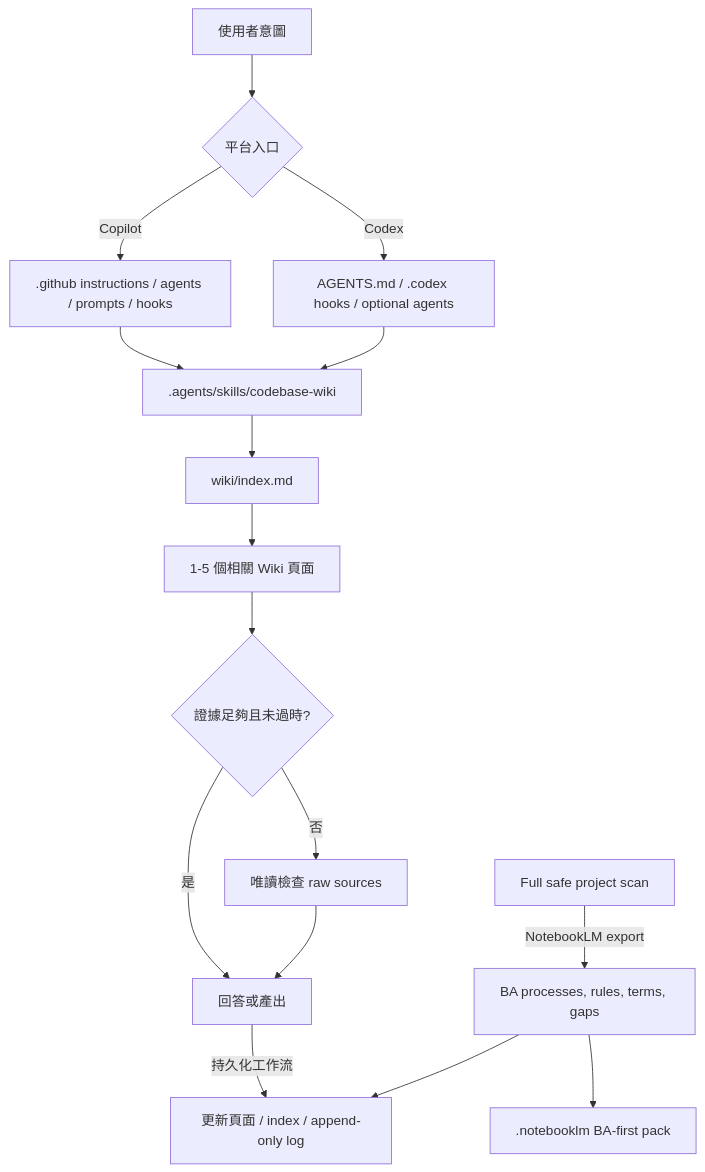
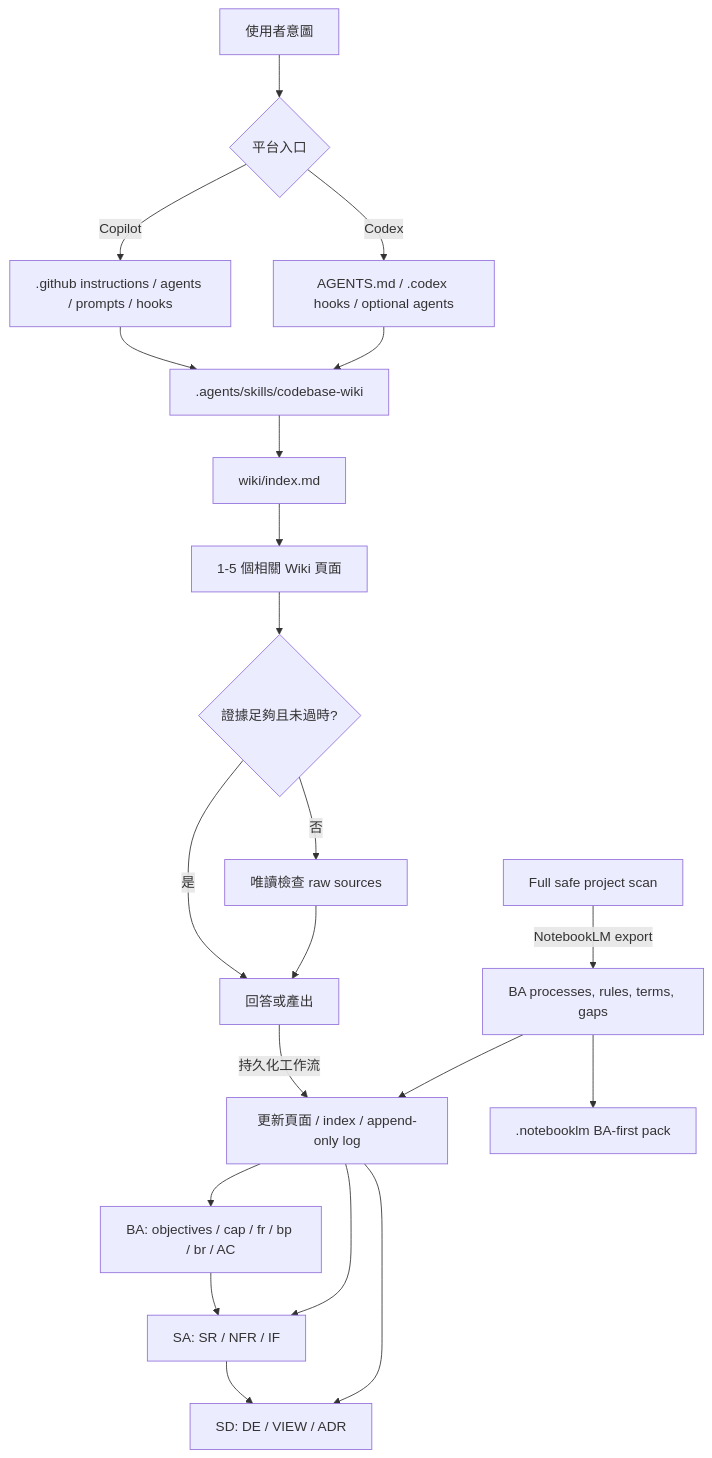
The diagram in docs/architecture/README.md (dennis8499/code-base-llm-wiki), drawn with Mermaid before and after one commit. The commit also changed other lines of this file and 67 other files, not shown here.

````diff
--- a/docs/architecture/README.md
+++ b/docs/architecture/README.md
@@ -13,18 +13,23 @@
 ```mermaid
 flowchart TB
     User[使用者意圖] --> Entry{平台入口}
     Entry -->|Copilot| GH[.github instructions / agents / prompts / hooks]
     Entry -->|Codex| CX[AGENTS.md / .codex hooks / optional agents]
     GH --> Skill[.agents/skills/codebase-wiki]
     CX --> Skill
     Skill --> Index[wiki/index.md]
     Index --> Pages[1-5 個相關 Wiki 頁面]
     Pages --> Enough{證據足夠且未過時?}
     Enough -->|是| Result[回答或產出]
     Enough -->|否| Sources[唯讀檢查 raw sources]
     Sources --> Result
     Result -->|持久化工作流| Wiki[更新頁面 / index / append-only log]
+    BA[BA: objectives / cap / fr / bp / br / AC] --> SA[SA: SR / NFR / IF]
+    SA --> SD[SD: DE / VIEW / ADR]
+    Wiki --> BA
+    Wiki --> SA
+    Wiki --> SD
     Project[Full safe project scan] -->|NotebookLM export| Docs[BA processes, rules, terms, gaps]
     Docs --> Wiki
     Docs --> Pack[.notebooklm BA-first pack]
 ```
````
